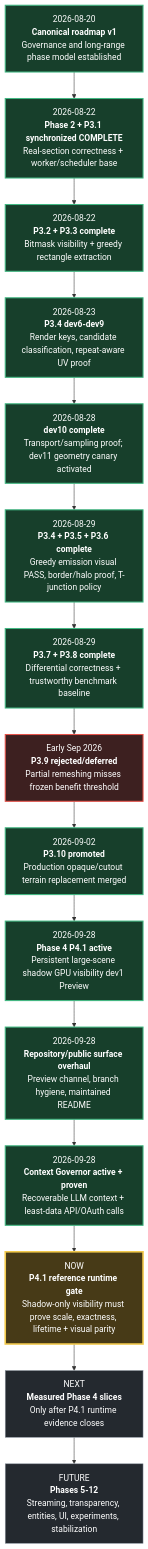
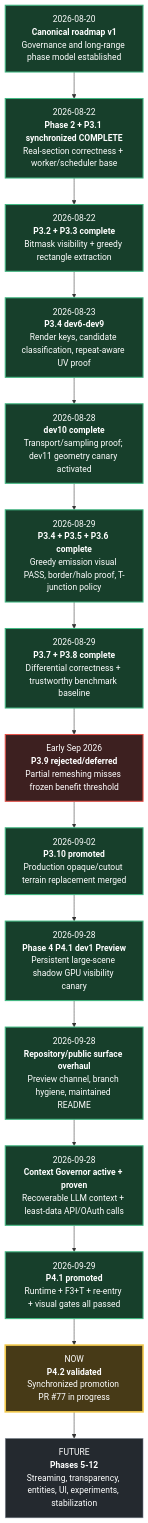
One commit to TrissTheBoss/Obsidian changed the second of 3 diagrams in TIMELINE.md. Above: the diagram before and after it, drawn with Mermaid. The commit also changed other lines of this file, not shown here.

Commit message:
[no-release] Synchronize P4.2 promotion continuity

````diff
--- a/TIMELINE.md
+++ b/TIMELINE.md
@@ -55,30 +55,30 @@
 ```mermaid
 flowchart TD
     A["2026-08-20<br/><b>Canonical roadmap v1</b><br/>Governance and long-range phase model established"]
     B["2026-08-22<br/><b>Phase 2 + P3.1 synchronized COMPLETE</b><br/>Real-section correctness + worker/scheduler base"]
     C["2026-08-22<br/><b>P3.2 + P3.3 complete</b><br/>Bitmask visibility + greedy rectangle extraction"]
     D["2026-08-23<br/><b>P3.4 dev6-dev9</b><br/>Render keys, candidate classification, repeat-aware UV proof"]
     E["2026-08-28<br/><b>dev10 complete</b><br/>Transport/sampling proof; dev11 geometry canary activated"]
     F["2026-08-29<br/><b>P3.4 + P3.5 + P3.6 complete</b><br/>Greedy emission visual PASS, border/halo proof, T-junction policy"]
     G["2026-08-29<br/><b>P3.7 + P3.8 complete</b><br/>Differential correctness + trustworthy benchmark baseline"]
     H["Early Sep 2026<br/><b>P3.9 rejected/deferred</b><br/>Partial remeshing misses frozen benefit threshold"]
     I["2026-09-02<br/><b>P3.10 promoted</b><br/>Production opaque/cutout terrain replacement merged"]
-    J["2026-09-28<br/><b>Phase 4 P4.1 active</b><br/>Persistent large-scene shadow GPU visibility dev1 Preview"]
+    J["2026-09-28<br/><b>Phase 4 P4.1 dev1 Preview</b><br/>Persistent large-scene shadow GPU visibility canary"]
     K["2026-09-28<br/><b>Repository/public surface overhaul</b><br/>Preview channel, branch hygiene, maintained README"]
     L["2026-09-28<br/><b>Context Governor active + proven</b><br/>Recoverable LLM context + least-data API/OAuth calls"]
-    M["NOW<br/><b>P4.1 reference runtime gate</b><br/>Shadow-only visibility must prove scale, exactness, lifetime + visual parity"]
-    N["NEXT<br/><b>Measured Phase 4 slices</b><br/>Only after P4.1 runtime evidence closes"]
+    M["2026-09-29<br/><b>P4.1 promoted</b><br/>Runtime + F3+T + re-entry + visual gates all passed"]
+    N["NOW<br/><b>P4.2 validated</b><br/>Synchronized promotion PR #77 in progress"]
     O["FUTURE<br/><b>Phases 5-12</b><br/>Streaming, transparency, entities, UI, experiments, stabilization"]
 
     A --> B --> C --> D --> E --> F --> G --> H --> I --> J --> K --> L --> M --> N --> O
 
     classDef done fill:#173f2b,stroke:#42b883,color:#ffffff,stroke-width:2px;
     classDef rejected fill:#3d2020,stroke:#e5534b,color:#ffffff,stroke-width:2px;
     classDef active fill:#473a17,stroke:#f2c94c,color:#ffffff,stroke-width:3px;
     classDef future fill:#24292f,stroke:#8c959f,color:#ffffff,stroke-width:1px;
 
-    class A,B,C,D,E,F,G,I,J,K,L done;
+    class A,B,C,D,E,F,G,I,J,K,L,M done;
     class H rejected;
-    class M active;
-    class N,O future;
+    class N active;
+    class O future;
 ```
````
